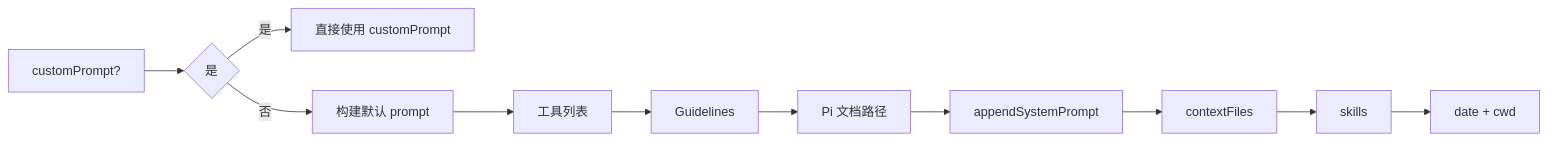
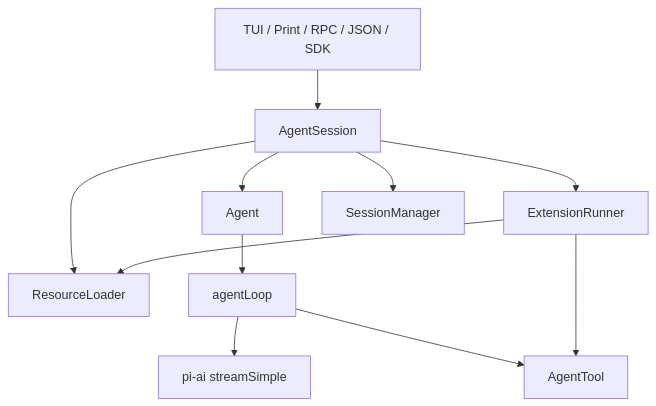
The diagram in book/chapters/chapter-01-architecture-overview.md (zenHeart/pi), drawn with Mermaid before and after one commit. The commit also changed other lines of this file and 52 other files, not shown here.

````diff
--- a/book/chapters/chapter-01-architecture-overview.md
+++ b/book/chapters/chapter-01-architecture-overview.md
@@ -402,13 +20,13 @@
 ```mermaid
-flowchart LR
-    A[customPrompt?] --> B{是}
-    B -->|是| C[直接使用 customPrompt]
-    B -->|否| D[构建默认 prompt]
-    D --> E[工具列表]
-    E --> F[Guidelines]
-    F --> G[Pi 文档路径]
-    G --> H[appendSystemPrompt]
-    H --> I[contextFiles]
-    I --> J[skills]
-    J --> K[date + cwd]
+flowchart TB
+  Mode[TUI / Print / RPC / JSON / SDK] --> Session[AgentSession]
+  Session --> Agent[Agent]
+  Session --> Extensions[ExtensionRunner]
+  Session --> Resources[ResourceLoader]
+  Session --> Store[SessionManager]
+  Agent --> Loop[agentLoop]
+  Loop --> AI[pi-ai streamSimple]
+  Loop --> Tools[AgentTool]
+  Extensions --> Resources
+  Extensions --> Tools
 ```
````
